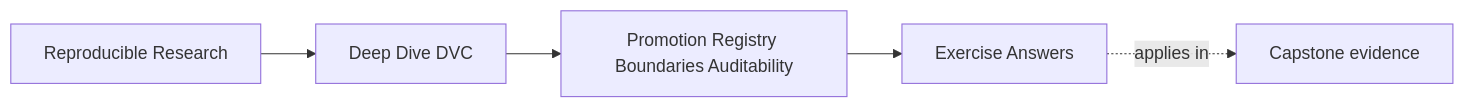
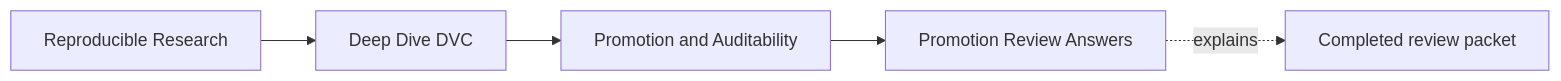
One commit to bijux/bijux-masterclass changed the first of 3 diagrams in programs/reproducible-research/deep-dive-dvc/course-book/module-09-promotion-registry-boundaries-auditability/exercise-answers.md. Above: the diagram before and after it, drawn with Mermaid. The commit also changed other lines of this file, not shown here.

Commit message:
docs(dvc): teach promotion answer reasoning

````diff
--- a/programs/reproducible-research/deep-dive-dvc/course-book/module-09-promotion-registry-boundaries-auditability/exercise-answers.md
+++ b/programs/reproducible-research/deep-dive-dvc/course-book/module-09-promotion-registry-boundaries-auditability/exercise-answers.md
@@ -7,11 +5,11 @@
 ```mermaid
 graph LR
   family["Reproducible Research"]
   program["Deep Dive DVC"]
-  section["Promotion Registry Boundaries Auditability"]
-  page["Exercise Answers"]
-  capstone["Capstone evidence"]
+  section["Promotion and Auditability"]
+  page["Promotion Review Answers"]
+  evidence["Completed review packet"]
 
   family --> program --> section --> page
-  page -.applies in.-> capstone
+  page -.explains.-> evidence
 ```
````
